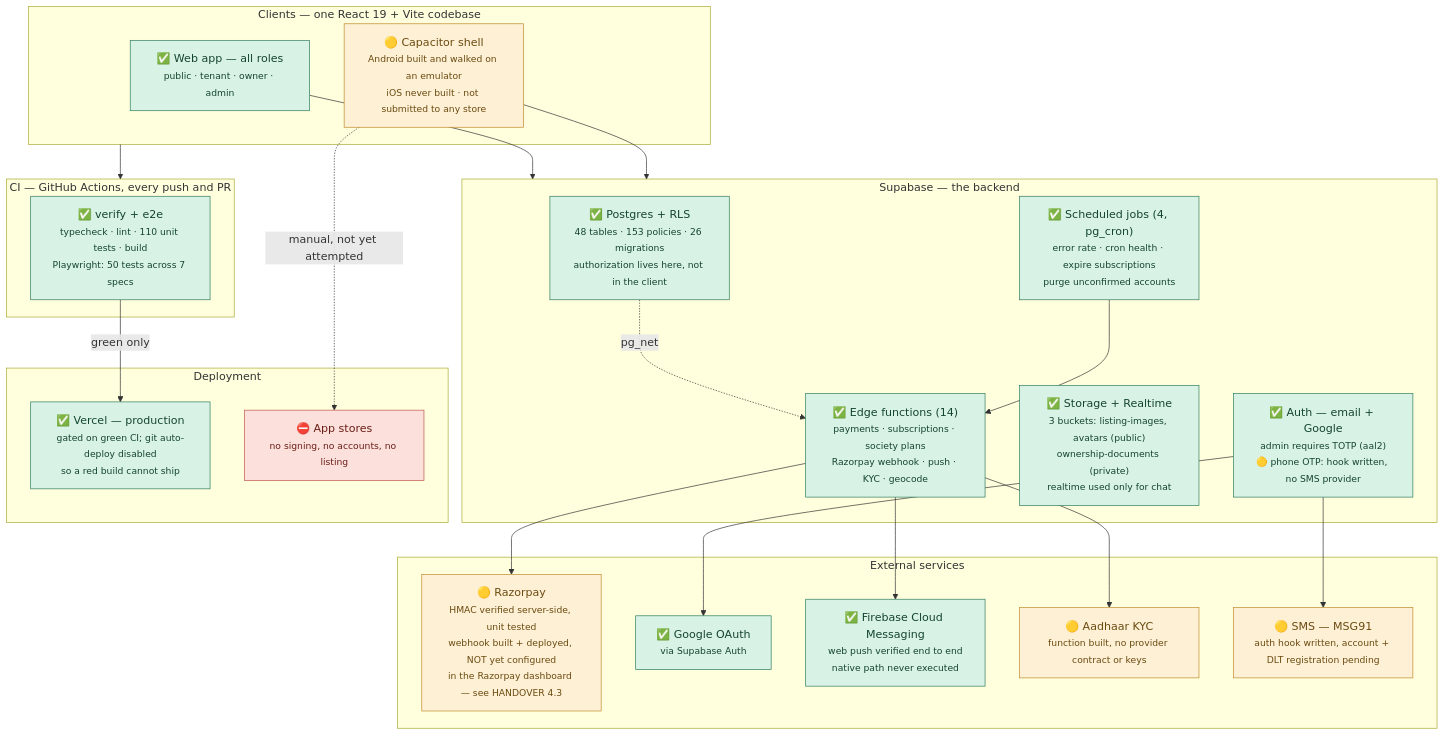
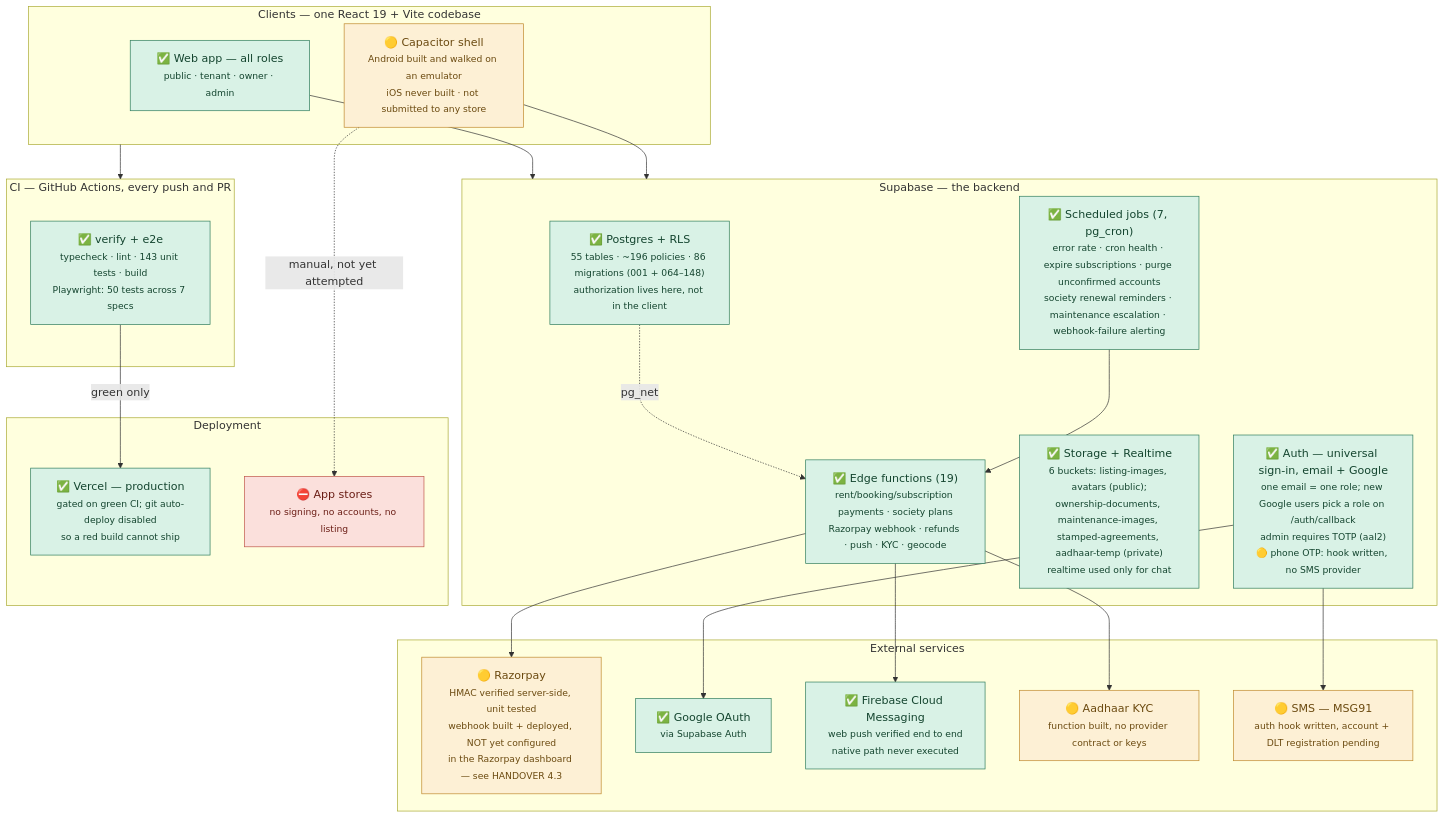
The first of 2 diagrams in ARCHITECTURE.md (skcheguri/Bhavan), drawn with Mermaid before and after one commit. The commit also changed other lines of this file and 9 other files, not shown here.

````diff
--- a/ARCHITECTURE.md
+++ b/ARCHITECTURE.md
@@ -9,52 +9,52 @@
 ```mermaid
 flowchart TD
   subgraph CLIENT["Clients — one React 19 + Vite codebase"]
     WEB["✅ Web app — all roles<br/><small>public · tenant · owner · admin</small>"]
     CAP["🟡 Capacitor shell<br/><small>Android built and walked on an emulator<br/>iOS never built · not submitted to any store</small>"]
   end
 
   subgraph SUPA["Supabase — the backend"]
-    DB["✅ Postgres + RLS<br/><small>48 tables · 153 policies · 26 migrations<br/>authorization lives here, not in the client</small>"]
-    AUTH["✅ Auth — email + Google<br/><small>admin requires TOTP (aal2)<br/>🟡 phone OTP: hook written, no SMS provider</small>"]
-    STORE["✅ Storage + Realtime<br/><small>3 buckets: listing-images, avatars (public)<br/>ownership-documents (private)<br/>realtime used only for chat</small>"]
-    FN["✅ Edge functions (14)<br/><small>payments · subscriptions · society plans<br/>Razorpay webhook · push · KYC · geocode</small>"]
-    CRON["✅ Scheduled jobs (4, pg_cron)<br/><small>error rate · cron health · expire subscriptions<br/>purge unconfirmed accounts</small>"]
+    DB["✅ Postgres + RLS<br/><small>55 tables · ~196 policies · 86 migrations (001 + 064–148)<br/>authorization lives here, not in the client</small>"]
+    AUTH["✅ Auth — universal sign-in, email + Google<br/><small>one email = one role; new Google users pick a role on /auth/callback<br/>admin requires TOTP (aal2)<br/>🟡 phone OTP: hook written, no SMS provider</small>"]
+    STORE["✅ Storage + Realtime<br/><small>6 buckets: listing-images, avatars (public);<br/>ownership-documents, maintenance-images, stamped-agreements, aadhaar-temp (private)<br/>realtime used only for chat</small>"]
+    FN["✅ Edge functions (19)<br/><small>rent/booking/subscription payments · society plans<br/>Razorpay webhook · refunds · push · KYC · geocode</small>"]
+    CRON["✅ Scheduled jobs (7, pg_cron)<br/><small>error rate · cron health · expire subscriptions · purge unconfirmed accounts<br/>society renewal reminders · maintenance escalation · webhook-failure alerting</small>"]
   end
 
   subgraph EXT["External services"]
     RZP["🟡 Razorpay<br/><small>HMAC verified server-side, unit tested<br/>webhook built + deployed, NOT yet configured<br/>in the Razorpay dashboard — see HANDOVER 4.3</small>"]
     GOOG["✅ Google OAuth<br/><small>via Supabase Auth</small>"]
     FCM["✅ Firebase Cloud Messaging<br/><small>web push verified end to end<br/>native path never executed</small>"]
     AADH["🟡 Aadhaar KYC<br/><small>function built, no provider contract or keys</small>"]
     SMS["🟡 SMS — MSG91<br/><small>auth hook written, account + DLT registration pending</small>"]
   end
 
   subgraph CI["CI — GitHub Actions, every push and PR"]
-    GATE["✅ verify + e2e<br/><small>typecheck · lint · 110 unit tests · build<br/>Playwright: 50 tests across 7 specs</small>"]
+    GATE["✅ verify + e2e<br/><small>typecheck · lint · 143 unit tests · build<br/>Playwright: 50 tests across 7 specs</small>"]
   end
 
   subgraph DEPLOY["Deployment"]
     VERCEL["✅ Vercel — production<br/><small>gated on green CI; git auto-deploy disabled<br/>so a red build cannot ship</small>"]
     STORES["⛔ App stores<br/><small>no signing, no accounts, no listing</small>"]
   end
 
   WEB --> SUPA
   CAP --> SUPA
   DB -.->|"pg_net"| FN
   CRON --> FN
   FN --> RZP
   FN --> FCM
   FN --> AADH
   AUTH --> GOOG
   AUTH --> SMS
   CLIENT --> CI
   GATE -->|"green only"| VERCEL
   CAP -.->|"manual, not yet attempted"| STORES
 
   classDef ok fill:#d9f2e6,stroke:#2f7d5d,color:#14452f
   classDef partial fill:#fdf0d5,stroke:#c08a2e,color:#6b4a10
   classDef none fill:#fbe0dc,stroke:#c0564a,color:#6b1e16
   class WEB,DB,AUTH,STORE,FN,CRON,GOOG,FCM,GATE,VERCEL ok
   class CAP,AADH,SMS,RZP partial
   class STORES none
 ```
````
